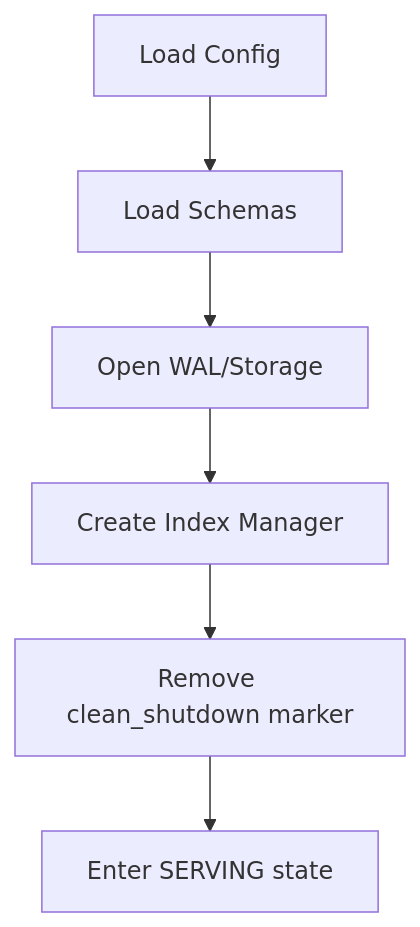
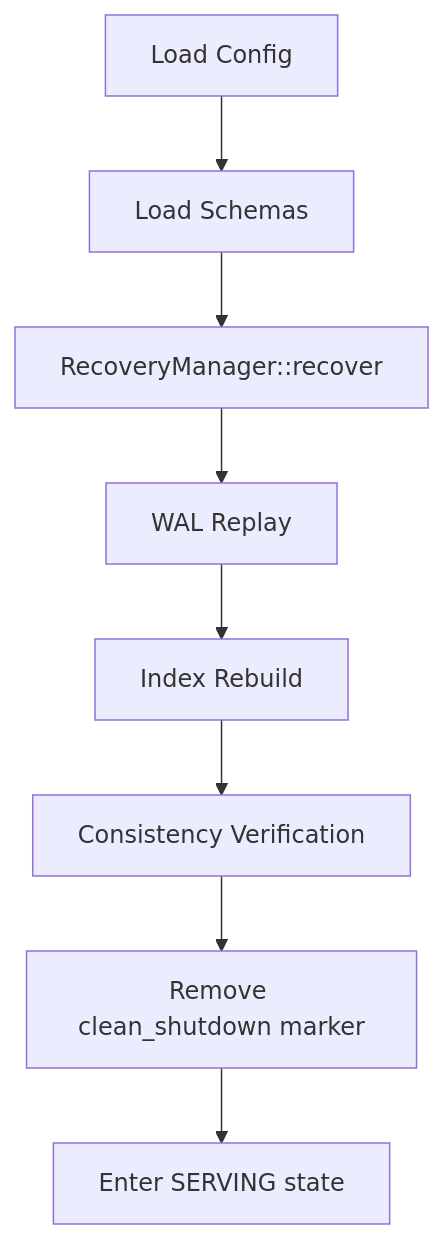
The diagram in CLI_IMPLEMENTION.md (eshanized/AeroDB), drawn with Mermaid before and after one commit. The commit also changed other lines of this file and 3 other files, not shown here.

Commit message:
feat: Implement mandatory full recovery on startup, encompassing WAL replay, index rebuild, and consistency verification, with strict failure handling.

````diff
--- a/CLI_IMPLEMENTION.md
+++ b/CLI_IMPLEMENTION.md
@@ -28,8 +34,10 @@
 ```mermaid
 graph TD
     A[Load Config] --> B[Load Schemas]
-    B --> C[Open WAL/Storage]
-    C --> D[Create Index Manager]
-    D --> E[Remove clean_shutdown marker]
-    E --> F[Enter SERVING state]
+    B --> C[RecoveryManager::recover]
+    C --> D[WAL Replay]
+    D --> E[Index Rebuild]
+    E --> F[Consistency Verification]
+    F --> G[Remove clean_shutdown marker]
+    G --> H[Enter SERVING state]
 ```
````
